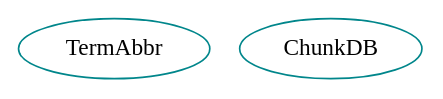
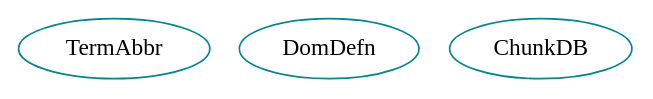
The diagram in analysis/ClassInstDep/packagegraphs/database.dot (JacquesCarette/Drasil), drawn with Graphviz before and after one commit. The commit also changed 1031 other files, not shown here.

```diff
--- a/analysis/ClassInstDep/packagegraphs/database.dot
+++ b/analysis/ClassInstDep/packagegraphs/database.dot
@@ -1,4 +1,5 @@
 digraph database{
 TermAbbr	[shape=oval, color=turquoise4, label="TermAbbr"];
+DomDefn	[shape=oval, color=turquoise4, label="DomDefn"];
 ChunkDB	[shape=oval, color=turquoise4, label="ChunkDB"];
 }
```
